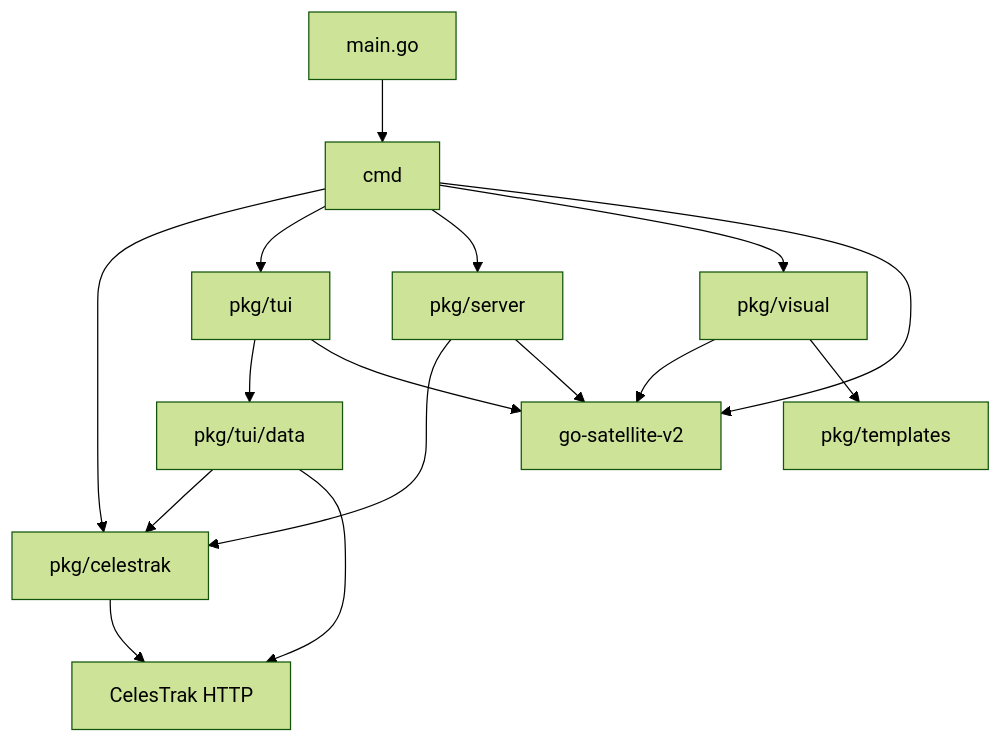
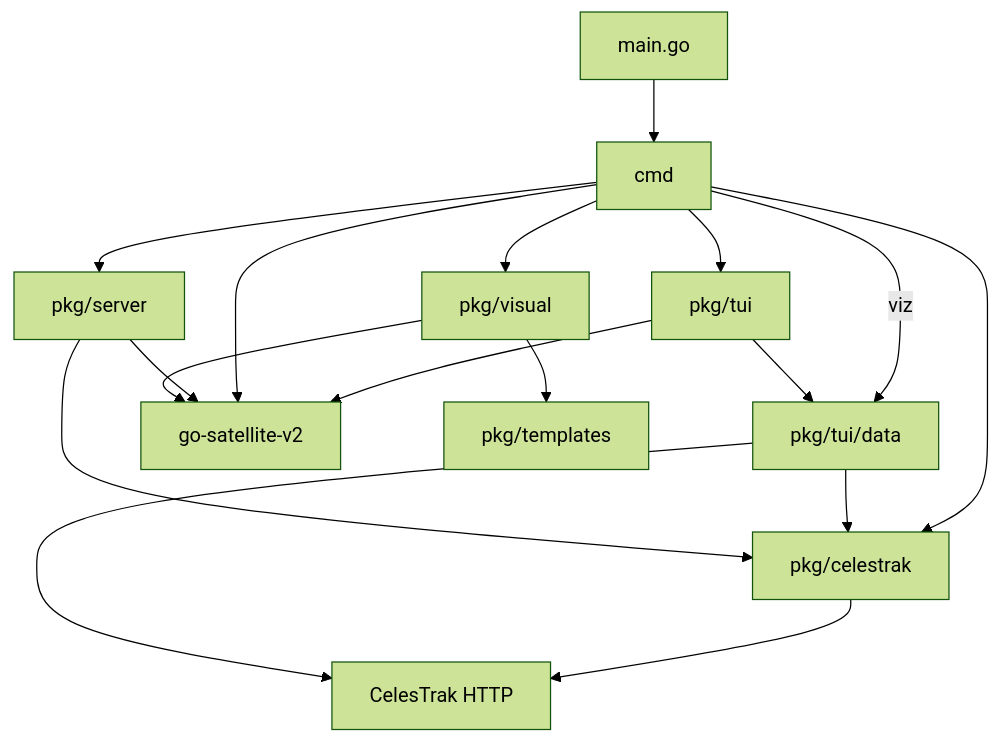
Before and after one commit to Mohammed-Ashour/tlego: the diagram in ARCHITECTURE.md, drawn with Mermaid (forest theme). The commit also changed other lines of this file and 31 other files, not shown here.

````diff
--- a/ARCHITECTURE.md
+++ b/ARCHITECTURE.md
@@ -17,18 +17,19 @@
 ```mermaid
 flowchart TD
     Main[main.go] --> Cmd[cmd]
     Cmd --> Legacy[pkg/celestrak]
     Cmd --> TUI[pkg/tui]
     Cmd --> Server[pkg/server]
     Cmd --> Visual[pkg/visual]
+    Cmd -->|viz| Store
     TUI --> Store[pkg/tui/data]
     Store --> Legacy
     Server --> Legacy
     Legacy --> Provider[CelesTrak HTTP]
     Store --> Provider
     TUI --> Orbit[go-satellite-v2]
     Cmd --> Orbit
     Server --> Orbit
     Visual --> Orbit
     Visual --> Templates[pkg/templates]
 ```
````
